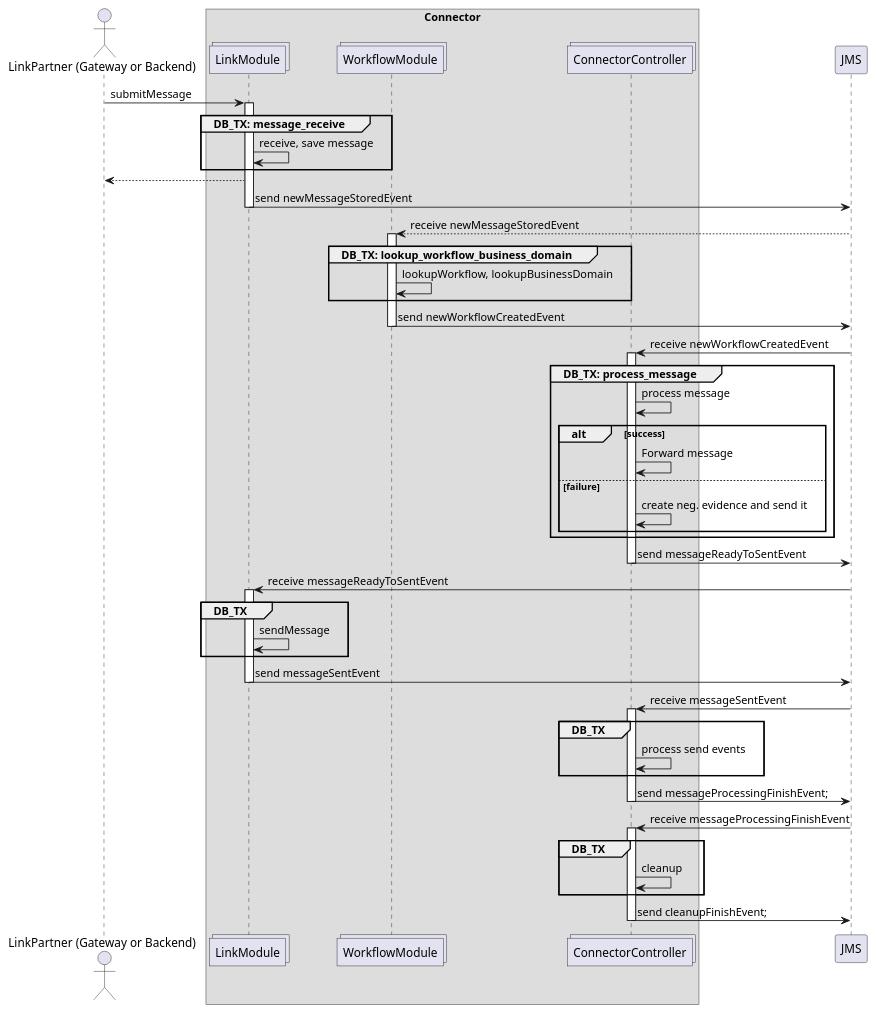
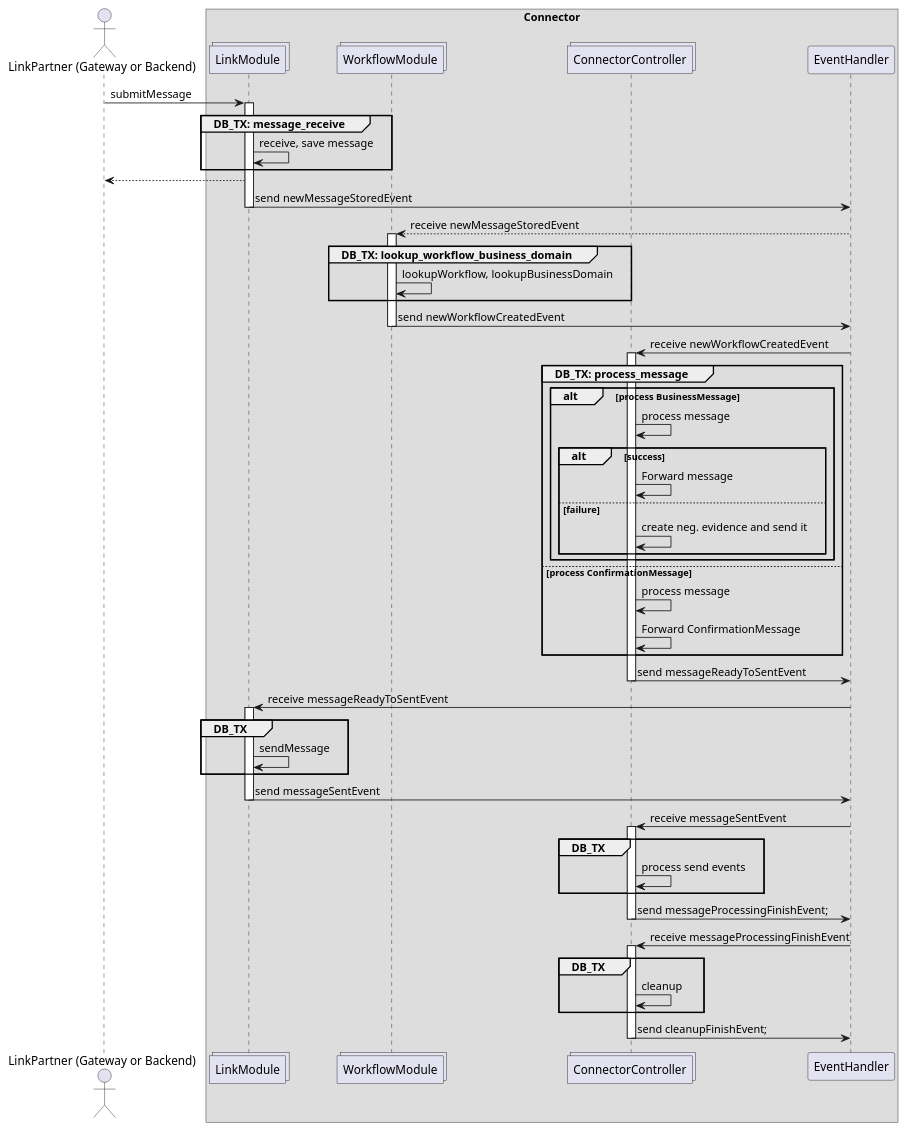
The second of 4 diagrams in domibusConnector/domibusConnectorDocumentation/src/asciidoc/doc/architecture/connector5/flows/level0/l0_process_message.adoc (muell16/domibusConnector), drawn with PlantUML before and after one commit. The commit also changed other lines of this file and 5 other files, not shown here.

```diff
--- a/domibusConnector/domibusConnectorDocumentation/src/asciidoc/doc/architecture/connector5/flows/level0/l0_process_message.adoc
+++ b/domibusConnector/domibusConnectorDocumentation/src/asciidoc/doc/architecture/connector5/flows/level0/l0_process_message.adoc
@@ -65,66 +117,76 @@
-[plantuml,message_processing_sequence_diagram_overview_async,format=svg]
+[plantuml,message_processing_sequence_diagram_overview,format=svg]
 ----
 @startuml
 
 
 actor "LinkPartner (Gateway or Backend)" as LP
 
 box Connector
 collections LinkModule
 collections WorkflowModule
 'collections PersistenceModule
 collections ConnectorController
+participant EventHandler as JMS
 endbox
 
 'database DB
 
 
 LP -> LinkModule++: submitMessage
 group DB_TX: message_receive
 LinkModule -> LinkModule: receive, save message
 end
 LinkModule --> LP
 LinkModule -> JMS--: send newMessageStoredEvent
 
 
 JMS --> WorkflowModule++: receive newMessageStoredEvent
 group DB_TX: lookup_workflow_business_domain
 WorkflowModule -> WorkflowModule: lookupWorkflow, lookupBusinessDomain
 end
 WorkflowModule -> JMS--: send newWorkflowCreatedEvent
 
 
 JMS -> ConnectorController++: receive newWorkflowCreatedEvent
 group DB_TX: process_message
+
+alt process BusinessMessage
+
 ConnectorController -> ConnectorController: process message
 alt success
 ConnectorController -> ConnectorController: Forward message
 else failure
 ConnectorController -> ConnectorController: create neg. evidence and send it
 end
 end
+
+else process ConfirmationMessage
+ConnectorController -> ConnectorController: process message
+ConnectorController -> ConnectorController: Forward ConfirmationMessage
+end
+
 ConnectorController -> JMS--: send messageReadyToSentEvent
 
 
 JMS -> LinkModule++: receive messageReadyToSentEvent
 group DB_TX
 LinkModule -> LinkModule: sendMessage
 end
 LinkModule -> JMS--: send messageSentEvent
 
 JMS -> ConnectorController++: receive messageSentEvent
 group DB_TX
 ConnectorController -> ConnectorController: process send events
 end
 ConnectorController -> JMS--: send messageProcessingFinishEvent;
 
 
 JMS -> ConnectorController++: receive messageProcessingFinishEvent
 group DB_TX
 ConnectorController -> ConnectorController: cleanup
 end
 ConnectorController -> JMS--: send cleanupFinishEvent;
 
 
 @enduml
 ----
```
